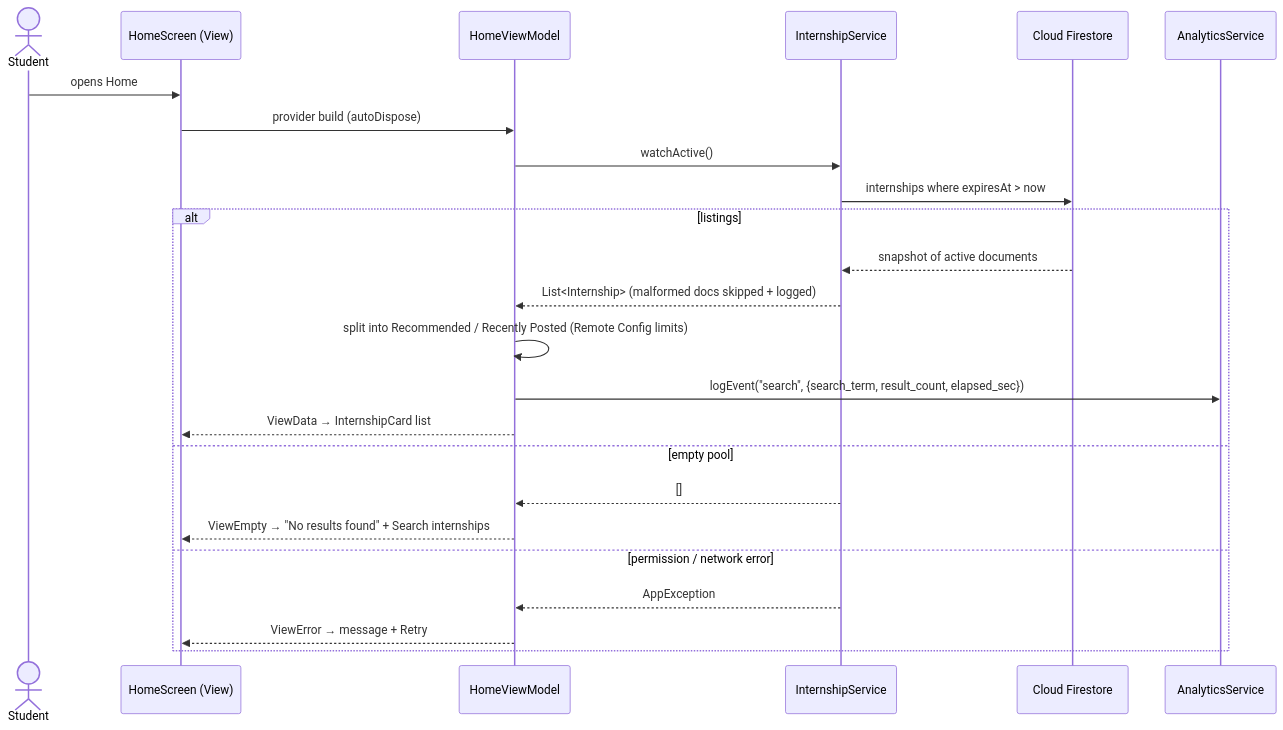
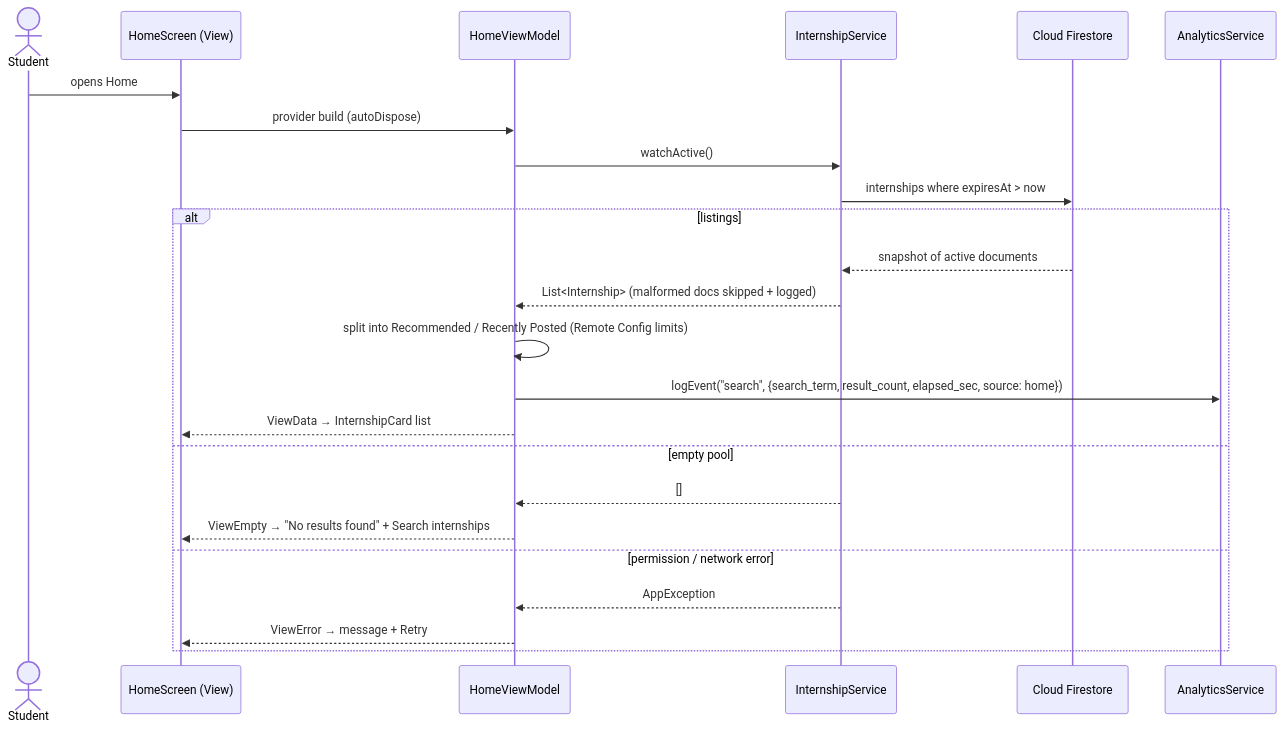
The second of 2 diagrams in docs/architecture.md (lamtailoi2/prm323_lab3), drawn with Mermaid before and after one commit. The commit also changed other lines of this file, not shown here.

Commit message:
docs(architecture): align ViewModels, services and Home flow with the code

````diff
--- a/docs/architecture.md
+++ b/docs/architecture.md
@@ -119,27 +122,27 @@
 ```mermaid
 sequenceDiagram
     actor Student
     participant V as HomeScreen (View)
     participant VM as HomeViewModel
     participant IS as InternshipService
     participant FS as Cloud Firestore
     participant A as AnalyticsService
 
     Student->>V: opens Home
     V->>VM: provider build (autoDispose)
     VM->>IS: watchActive()
     IS->>FS: internships where expiresAt > now
     alt listings
         FS-->>IS: snapshot of active documents
         IS-->>VM: List<Internship> (malformed docs skipped + logged)
         VM->>VM: split into Recommended / Recently Posted (Remote Config limits)
-        VM->>A: logEvent("search", {search_term, result_count, elapsed_sec})
+        VM->>A: logEvent("search", {search_term, result_count, elapsed_sec, source: home})
         VM-->>V: ViewData → InternshipCard list
     else empty pool
         IS-->>VM: []
         VM-->>V: ViewEmpty → "No results found" + Search internships
     else permission / network error
         IS-->>VM: AppException
         VM-->>V: ViewError → message + Retry
     end
 ```
````
